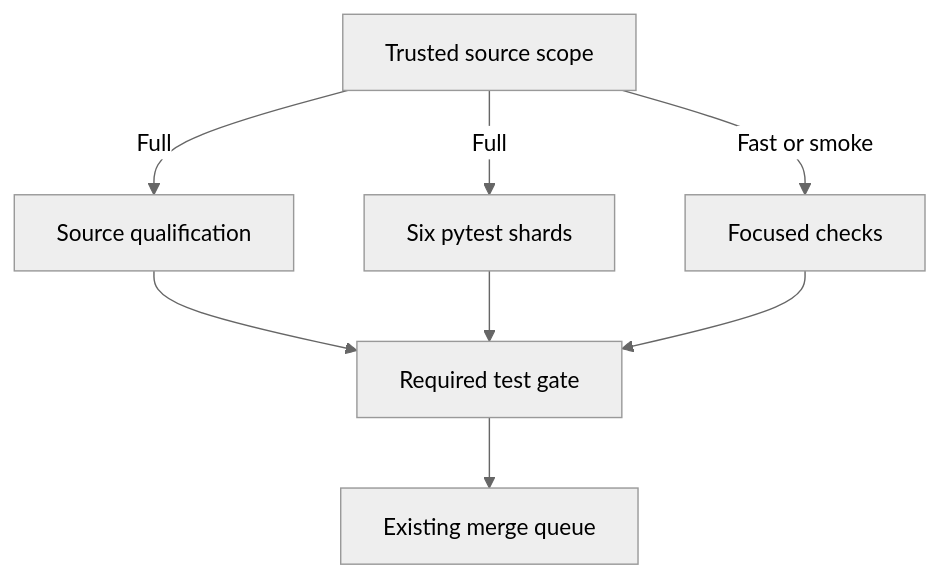
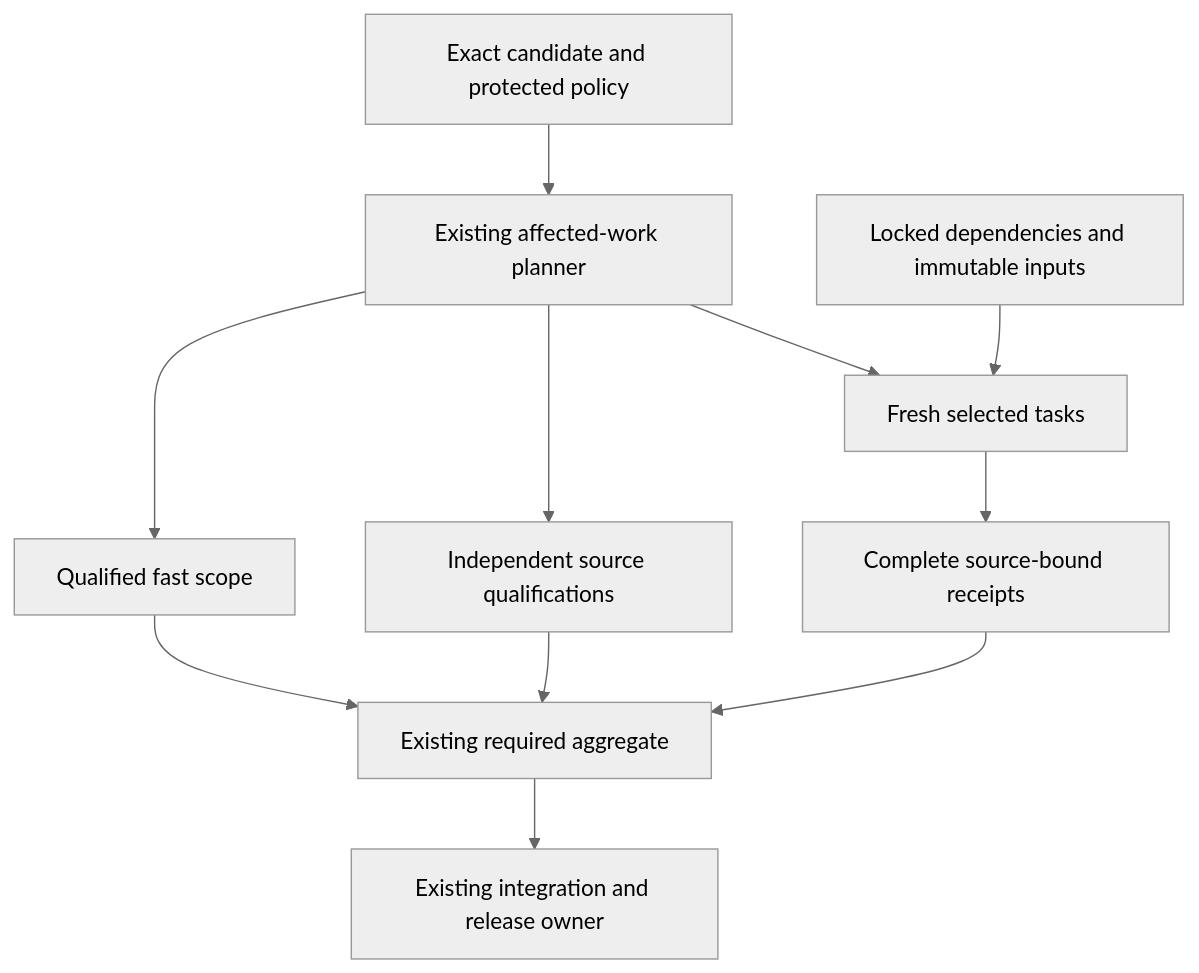
Before and after one commit to mastermindx-market-intelligence/Mastermind: the diagram in docs/CI_LIGHTNING_ARCHITECTURE.md, drawn with Mermaid (neutral theme). The commit also changed other lines of this file, not shown here.

Commit message:
Consolidate lightning CI architecture with current three-repository evidence

````diff
--- a/docs/CI_LIGHTNING_ARCHITECTURE.md
+++ b/docs/CI_LIGHTNING_ARCHITECTURE.md
@@ -660,10 +131,13 @@
 ```mermaid
 flowchart TD
-    S["Trusted source scope"] -->|Full| Q["Source qualification"]
-    S -->|Full| P["Six pytest shards"]
-    S -->|Fast or smoke| F["Focused checks"]
-    Q --> G["Required test gate"]
-    P --> G
-    F --> G
-    G --> M["Existing merge queue"]
+  S["Exact candidate and protected policy"] --> P["Existing affected-work planner"]
+  P --> F["Qualified fast scope"]
+  P --> E["Fresh selected tasks"]
+  P --> Q["Independent source qualifications"]
+  C["Locked dependencies and immutable inputs"] --> E
+  E --> R["Complete source-bound receipts"]
+  F --> V["Existing required aggregate"]
+  Q --> V
+  R --> V
+  V --> I["Existing integration and release owner"]
 ```
````
